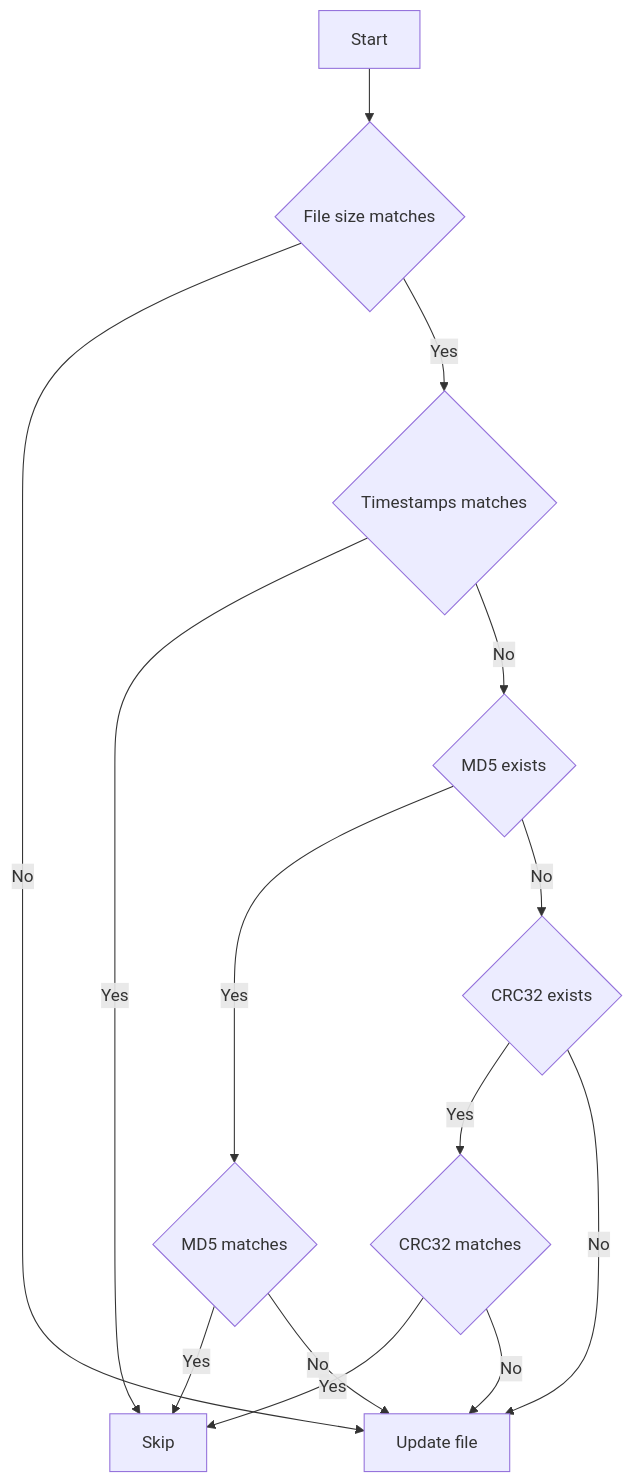
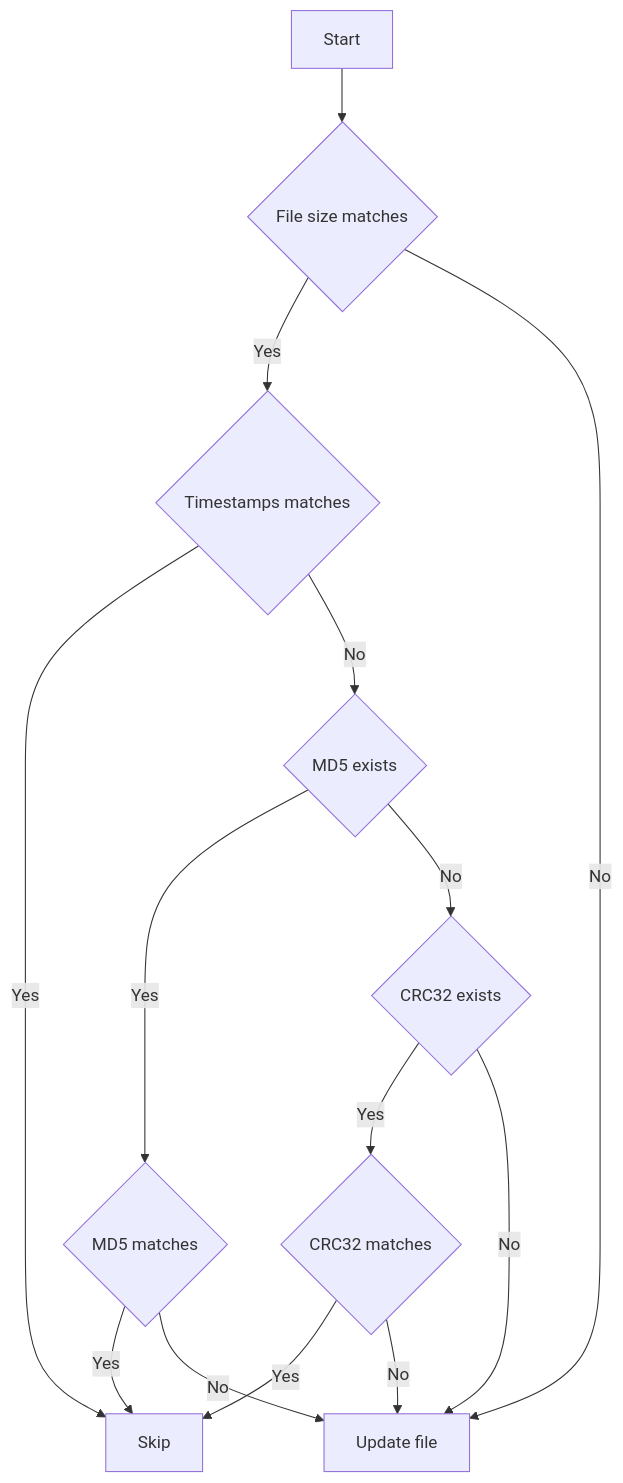
Before and after one commit to sjoblomj/mpqcli: the diagram in docs/commands/add.md, drawn with Mermaid.

Commit message:
Slight Flowchart improvement

````diff
--- a/docs/commands/add.md
+++ b/docs/commands/add.md
@@ -147,22 +147,26 @@
 ```mermaid
 flowchart TD
-    A[Start] --> FS{File size matches}
-    
-    FS -->|No| U[Update file]
-    FS -->|Yes| TE{Timestamps matches}
-    
-    TE -->|Yes| S[Skip]
-    TE -->|No| MX{MD5 exists}
-    
-    MX -->|Yes| MD{MD5 matches}
+    A[Start] --> SM{File size matches}
+
+    SM -->|Yes| TM{Timestamps matches}
+    SM -->|No| U[Update file]
+
+    TM -->|Yes| S[Skip]
+    TM -->|No| MX{MD5 exists}
+
+    MX -->|Yes| MM{MD5 matches}
     MX -->|No| CX{CRC32 exists}
-    
-    MD -->|Yes| S
-    MD -->|No| U
-    
-    CX -->|Yes| CE{CRC32 matches}
+
+    MM -->|Yes| S
+    MM -->|No| U
+
+    CX -->|Yes| CM{CRC32 matches}
     CX -->|No| U
-    
-    CE -->|Yes| S
-    CE -->|No| U
+
+    CM -->|Yes| S
+    CM -->|No| U
+
+    %% Layout hint
+    MM ~~~ U
+    CM ~~~ S
 ```
````
